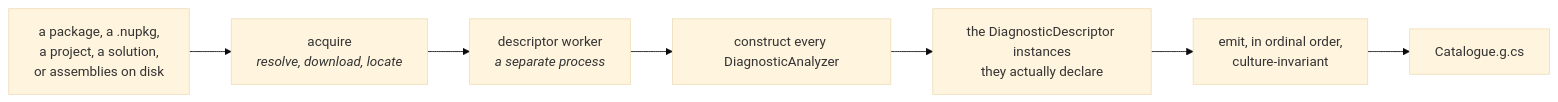
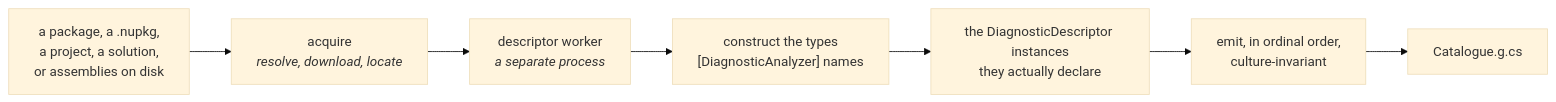
Before and after one commit to Reefact/diagnostic-catalog: the first of 2 diagrams in doc/guide/dcat.en.md, drawn with Mermaid (base theme). The commit also changed other lines of this file and 21 other files, not shown here.

````diff
--- a/doc/guide/dcat.en.md
+++ b/doc/guide/dcat.en.md
@@ -45,10 +50,10 @@
 ```mermaid
 flowchart LR
     SRC["a package, a .nupkg,<br/>a project, a solution,<br/>or assemblies on disk"]
     SRC --> ACQ["acquire<br/><i>resolve, download, locate</i>"]
     ACQ --> WORK["descriptor worker<br/><i>a separate process</i>"]
-    WORK --> CTOR["construct every DiagnosticAnalyzer"]
+    WORK --> CTOR["construct the types<br/>[DiagnosticAnalyzer] names"]
     CTOR --> DESC["the DiagnosticDescriptor instances<br/>they actually declare"]
     DESC --> EMIT["emit, in ordinal order,<br/>culture-invariant"]
     EMIT --> OUT["Catalogue.g.cs"]
 ```
````
